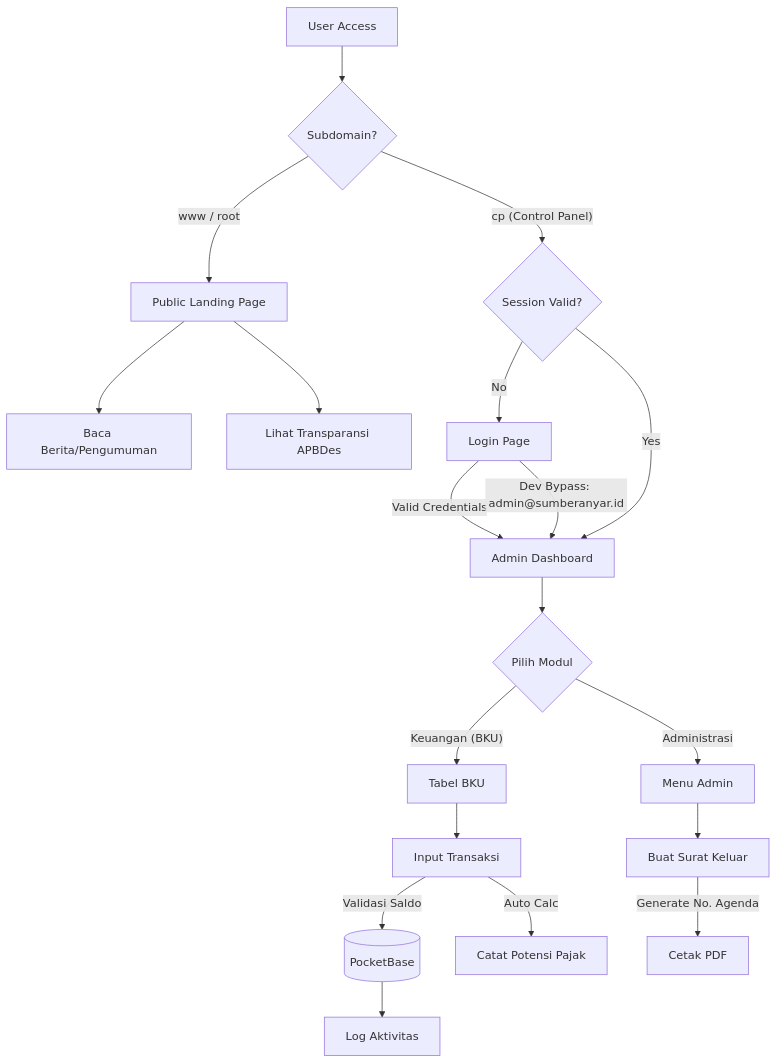
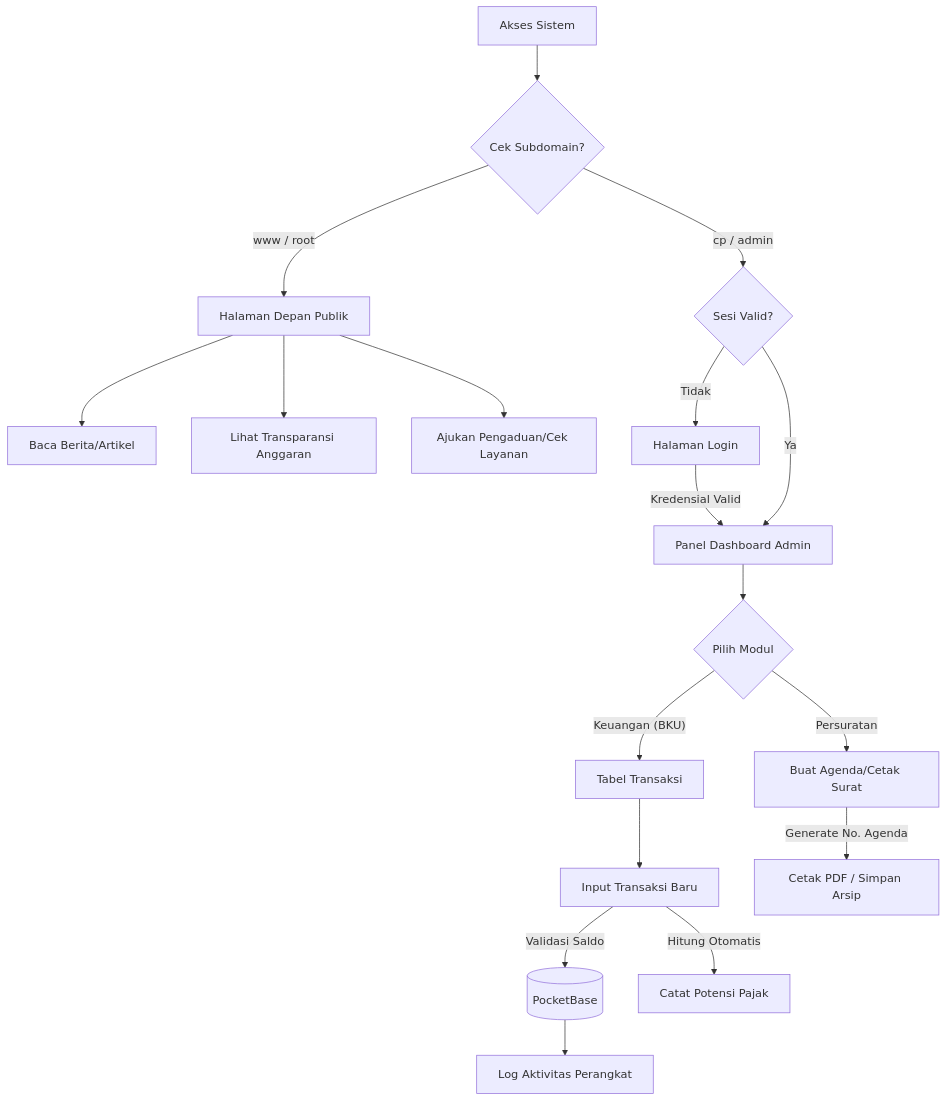
Before and after one commit to AbdurRouf05/sid-desa: the second of 3 diagrams in docs/SID_SUMBERANYAR_BLUEPRINT.md, drawn with Mermaid. The commit also changed other lines of this file and 91 other files, not shown here.

````diff
--- a/docs/SID_SUMBERANYAR_BLUEPRINT.md
+++ b/docs/SID_SUMBERANYAR_BLUEPRINT.md
@@ -50,32 +58,31 @@
 ```mermaid
 graph TD
-    Start[User Access] --> CheckDomain{Subdomain?}
+    Start[Akses Sistem] --> CheckDomain{Cek Subdomain?}
 
-    %% Public Flow
-    CheckDomain -- "www / root" --> PublicHome[Public Landing Page]
-    PublicHome --> ViewNews[Baca Berita/Pengumuman]
-    PublicHome --> ViewGraph[Lihat Transparansi APBDes]
+    %% Alur Publik
+    CheckDomain -- "www / root" --> PublicHome[Halaman Depan Publik]
+    PublicHome --> ViewNews[Baca Berita/Artikel]
+    PublicHome --> ViewGraph[Lihat Transparansi Anggaran]
+    PublicHome --> CitizenService[Ajukan Pengaduan/Cek Layanan]
 
-    %% Admin Flow
-    CheckDomain -- "cp (Control Panel)" --> AuthCheck{Session Valid?}
-    AuthCheck -- No --> LoginPage[Login Page]
-    LoginPage --> |Valid Credentials| Dashboard[Admin Dashboard]
-    LoginPage --> |Dev Bypass: admin@sumberanyar.id| Dashboard
-    AuthCheck -- Yes --> Dashboard
+    %% Alur Admin
+    CheckDomain -- "cp / admin" --> AuthCheck{Sesi Valid?}
+    AuthCheck -- Tidak --> LoginPage[Halaman Login]
+    LoginPage --> |Kredensial Valid| Dashboard[Panel Dashboard Admin]
+    AuthCheck -- Ya --> Dashboard
 
     Dashboard --> SelectModule{Pilih Modul}
 
-    %% BKU Module
-    SelectModule -- "Keuangan (BKU)" --> BKUView[Tabel BKU]
-    BKUView --> InputTrans[Input Transaksi]
+    %% Modul BKU
+    SelectModule -- "Keuangan (BKU)" --> BKUView[Tabel Transaksi]
+    BKUView --> InputTrans[Input Transaksi Baru]
     InputTrans --> |Validasi Saldo| SaveDB[(PocketBase)]
-    InputTrans --> |Auto Calc| PajakLog[Catat Potensi Pajak]
+    InputTrans --> |Hitung Otomatis| PajakLog[Catat Potensi Pajak]
 
-    %% Admin Module
-    SelectModule -- "Administrasi" --> AdminMenu[Menu Admin]
-    AdminMenu --> Surat[Buat Surat Keluar]
-    Surat --> |Generate No. Agenda| Print[Cetak PDF]
+    %% Modul Administrasi
+    SelectModule -- "Persuratan" --> Surat[Buat Agenda/Cetak Surat]
+    Surat --> |Generate No. Agenda| Print[Cetak PDF / Simpan Arsip]
 
     %% Output
-    SaveDB --> AuditLog[Log Aktivitas]
+    SaveDB --> AuditLog[Log Aktivitas Perangkat]
 ```
````
